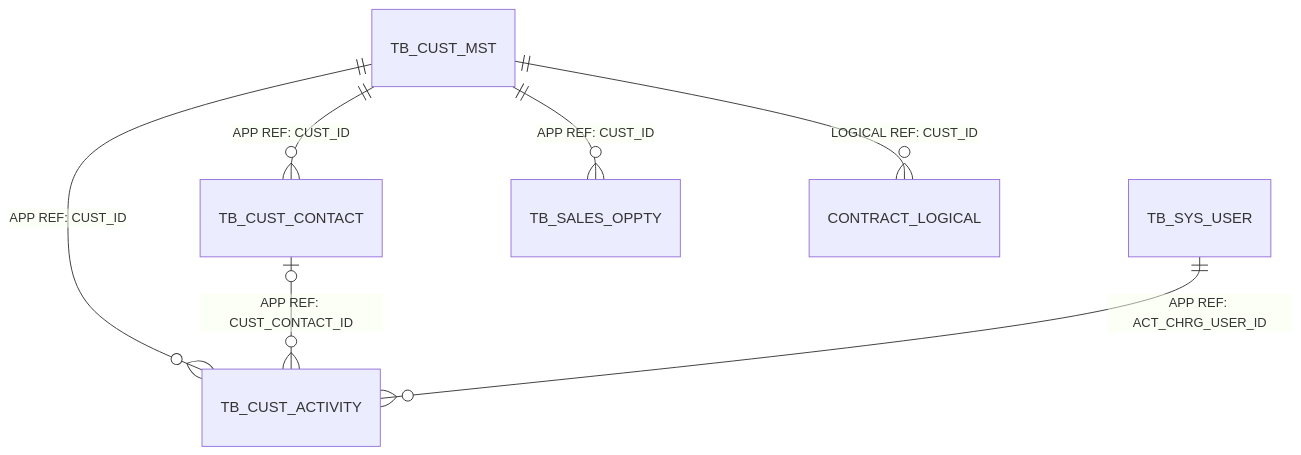
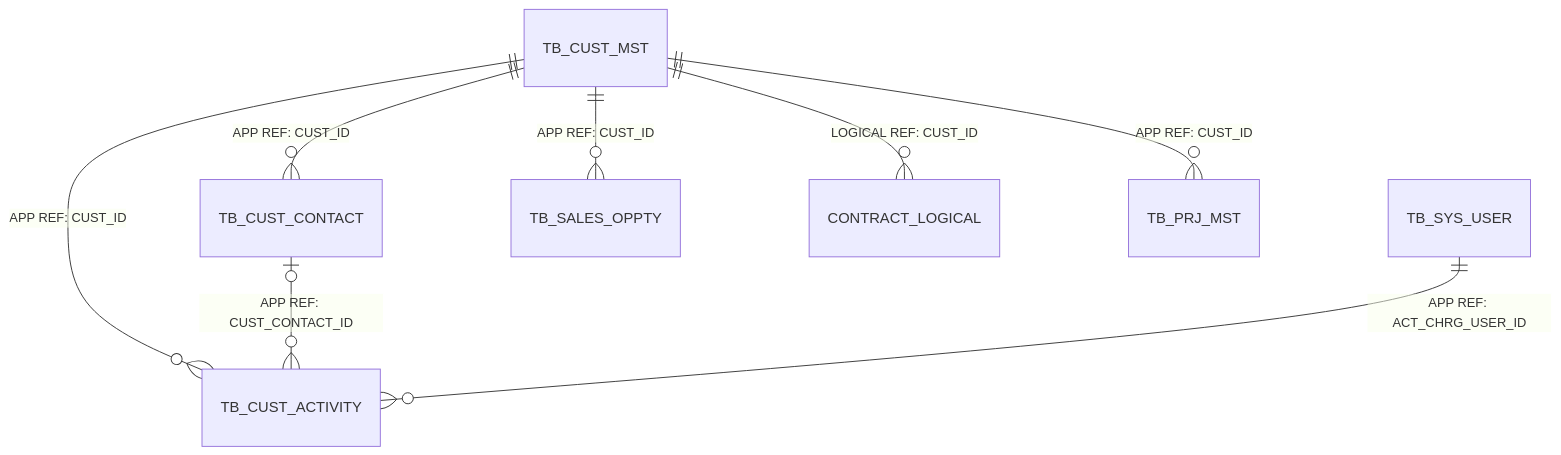
The first of 3 diagrams in docs/02.architecture/02.data-architecture/04.model-diagrams/physical/03.customer-management-erd.md (MrKkondae/business-management-system), drawn with Mermaid before and after one commit. The commit also changed other lines of this file and 22 other files, not shown here.

````diff
--- a/docs/02.architecture/02.data-architecture/04.model-diagrams/physical/03.customer-management-erd.md
+++ b/docs/02.architecture/02.data-architecture/04.model-diagrams/physical/03.customer-management-erd.md
@@ -32,9 +32,10 @@
 ```mermaid
 erDiagram
     TB_CUST_MST ||--o{ TB_CUST_CONTACT : "APP REF: CUST_ID"
     TB_CUST_MST ||--o{ TB_CUST_ACTIVITY : "APP REF: CUST_ID"
     TB_CUST_CONTACT o|--o{ TB_CUST_ACTIVITY : "APP REF: CUST_CONTACT_ID"
     TB_SYS_USER ||--o{ TB_CUST_ACTIVITY : "APP REF: ACT_CHRG_USER_ID"
     TB_CUST_MST ||--o{ TB_SALES_OPPTY : "APP REF: CUST_ID"
     TB_CUST_MST ||--o{ CONTRACT_LOGICAL : "LOGICAL REF: CUST_ID"
+    TB_CUST_MST ||--o{ TB_PRJ_MST : "APP REF: CUST_ID"
 ```
````
